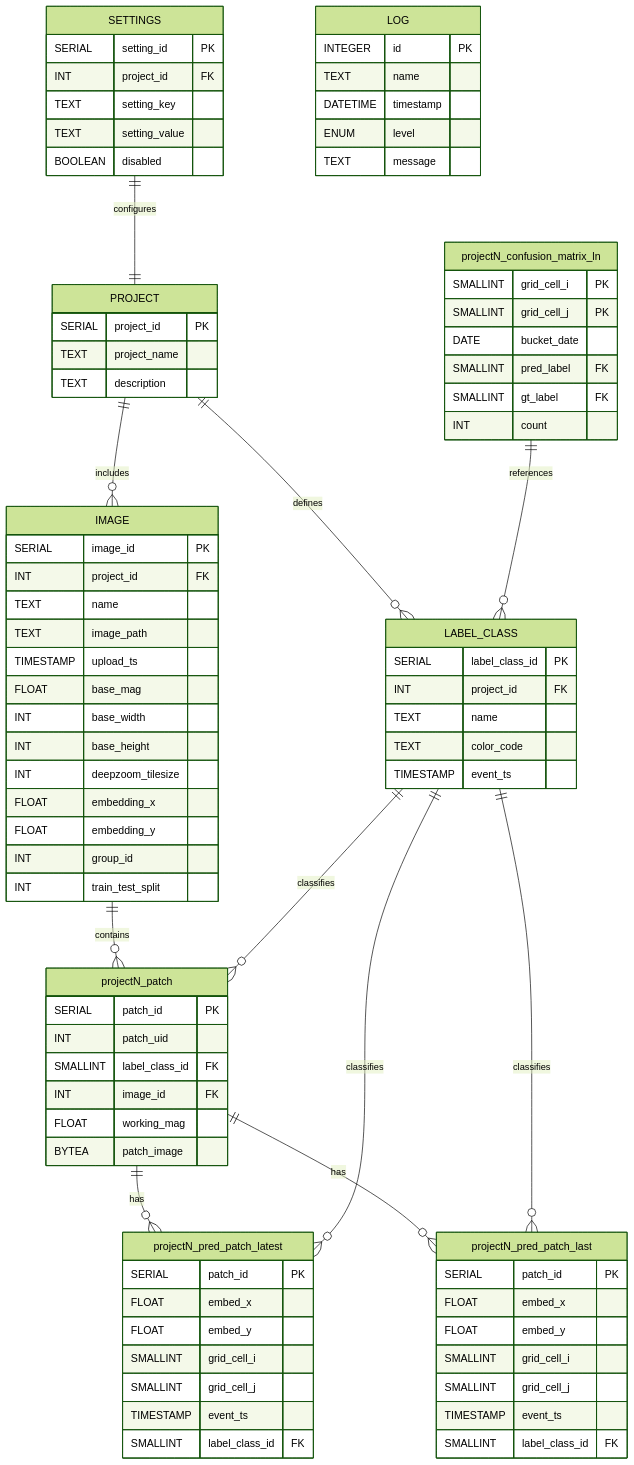
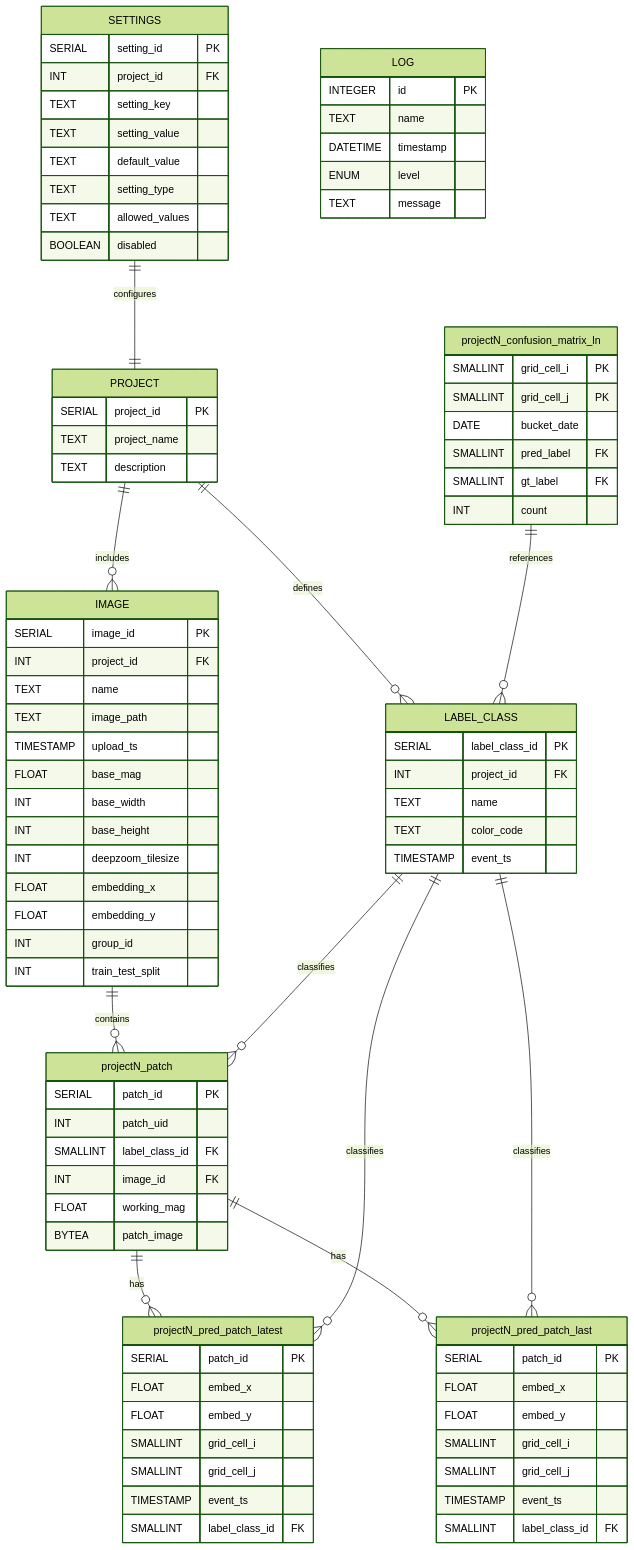
One commit to choosehappy/PatchSorter changed the diagram in docs/source/design_material_draft2/db_technical_design.md. Above: the diagram before and after it, drawn with Mermaid (forest theme). The commit also changed other lines of this file and 13 other files, not shown here.

First line of the commit message:
Enhance database schema and settings management

````diff
--- a/docs/source/design_material_draft2/db_technical_design.md
+++ b/docs/source/design_material_draft2/db_technical_design.md
@@ -183,10 +229,13 @@
 ```{mermaid}
 erDiagram
     SETTINGS {
-        SERIAL setting_id PK
-        INT project_id FK
-        TEXT setting_key
-        TEXT setting_value
+        SERIAL  setting_id PK
+        INT     project_id FK
+        TEXT    setting_key
+        TEXT    setting_value
+        TEXT    default_value
+        TEXT    setting_type
+        TEXT    allowed_values
         BOOLEAN disabled
     }
     PROJECT {
````
